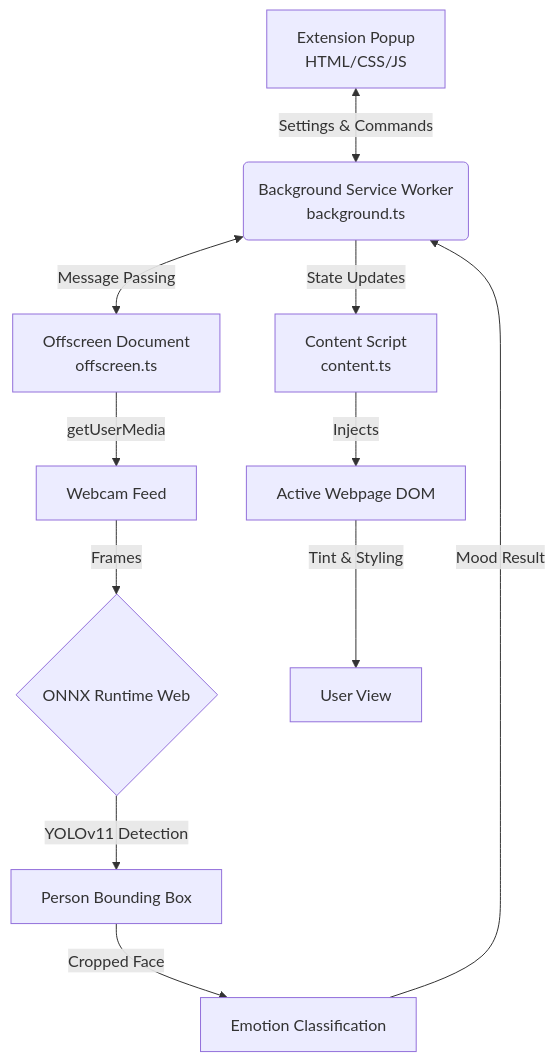
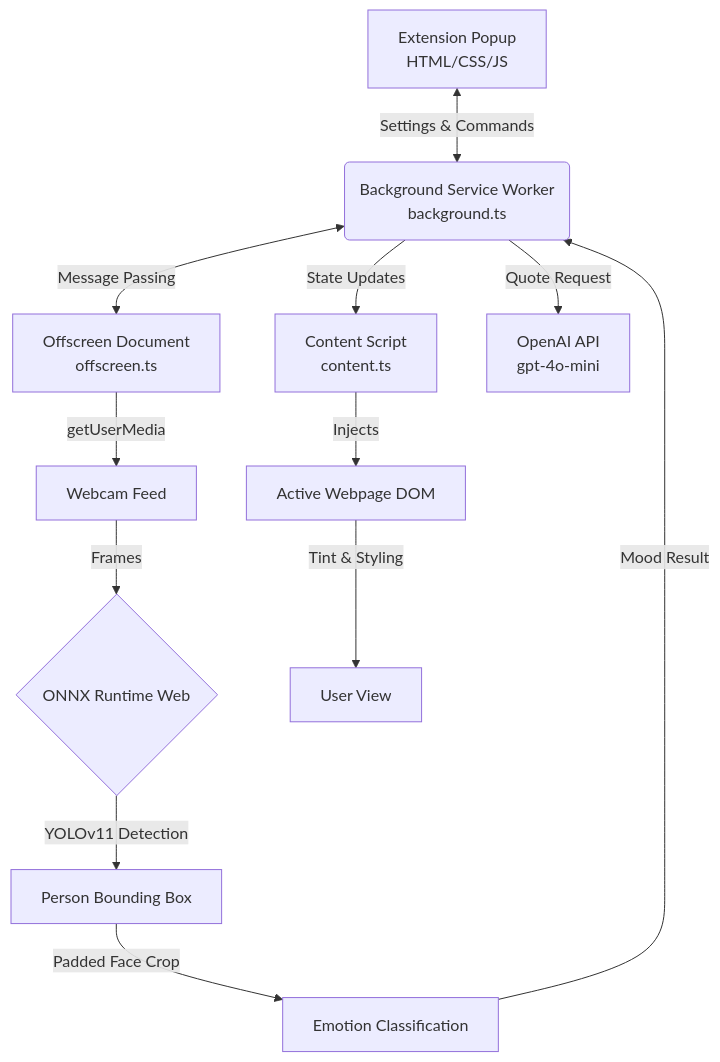
Before and after one commit to KethniiImasha/FYP-codes: the diagram in README.md, drawn with Mermaid. The commit also changed other lines of this file, not shown here.

````diff
--- a/README.md
+++ b/README.md
@@ -9,15 +9,16 @@
 ```mermaid
 graph TD
     A[Extension Popup \n HTML/CSS/JS] <-->|Settings & Commands| B(Background Service Worker \n background.ts)
     B <-->|Message Passing| C[Offscreen Document \n offscreen.ts]
     B -->|State Updates| D[Content Script \n content.ts]
+    B -->|Quote Request| O[OpenAI API \n gpt-4o-mini]
 
     C -->|getUserMedia| E[Webcam Feed]
     E -->|Frames| F{ONNX Runtime Web}
     F -->|YOLOv11 Detection| G[Person Bounding Box]
-    G -->|Cropped Face| H[Emotion Classification]
+    G -->|Padded Face Crop| H[Emotion Classification]
     H -->|Mood Result| B
 
     D -->|Injects| I[Active Webpage DOM]
     I -->|Tint & Styling| J[User View]
 ```
````
